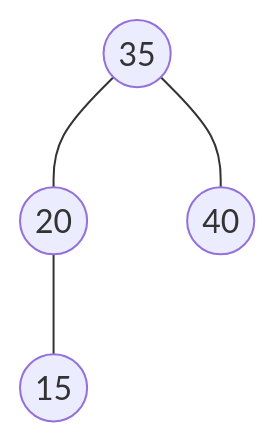
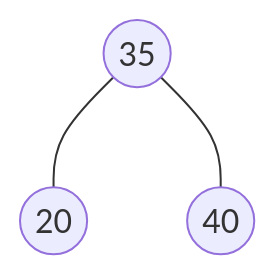
One commit to frijolitobandido/Guia_Matematica_Discreta changed diagram 36 of 39 in 03-arboles.md. Above: the diagram before and after it, drawn with Mermaid. The commit also changed other lines of this file, not shown here.

````diff
--- a/03-arboles.md
+++ b/03-arboles.md
@@ -856,6 +856,5 @@
 ```mermaid
 graph TD
-    n35((35)) --- n20((20))
-    n35 --- n40((40))
-    n20 --- n15((15))
+    35((35)) --- 20((20))
+    35 --- 40((40))
 ```
````
